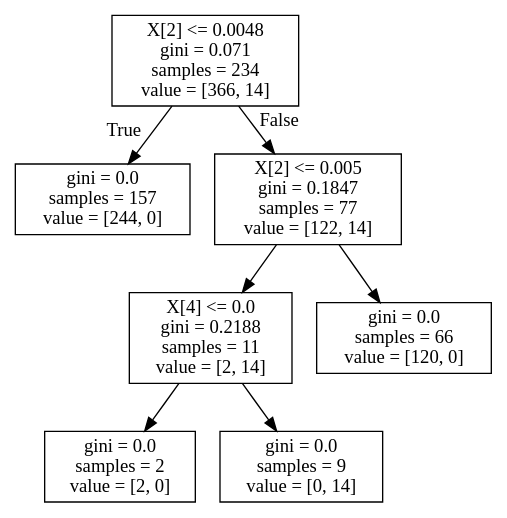
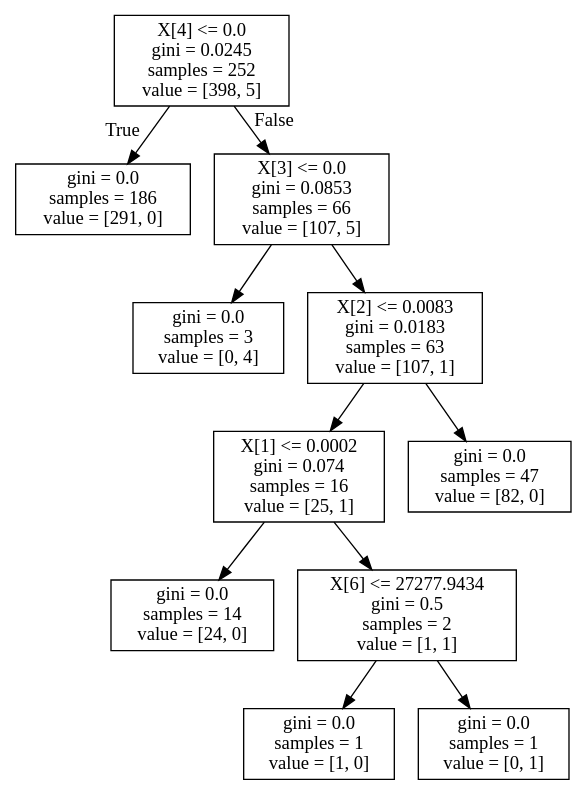
The diagram in 7.dot (imwack/facebook), drawn with Graphviz before and after one commit. The commit also changed 18 other files, not shown here.

```diff
--- a/7.dot
+++ b/7.dot
@@ -1,16 +1,24 @@
 digraph Tree {
 node [shape=box] ;
-0 [label="X[2] <= 0.0048\ngini = 0.071\nsamples = 234\nvalue = [366, 14]"] ;
-1 [label="gini = 0.0\nsamples = 157\nvalue = [244, 0]"] ;
+0 [label="X[4] <= 0.0\ngini = 0.0245\nsamples = 252\nvalue = [398, 5]"] ;
+1 [label="gini = 0.0\nsamples = 186\nvalue = [291, 0]"] ;
 0 -> 1 [labeldistance=2.5, labelangle=45, headlabel="True"] ;
-2 [label="X[2] <= 0.005\ngini = 0.1847\nsamples = 77\nvalue = [122, 14]"] ;
+2 [label="X[3] <= 0.0\ngini = 0.0853\nsamples = 66\nvalue = [107, 5]"] ;
 0 -> 2 [labeldistance=2.5, labelangle=-45, headlabel="False"] ;
-3 [label="X[4] <= 0.0\ngini = 0.2188\nsamples = 11\nvalue = [2, 14]"] ;
+3 [label="gini = 0.0\nsamples = 3\nvalue = [0, 4]"] ;
 2 -> 3 ;
-4 [label="gini = 0.0\nsamples = 2\nvalue = [2, 0]"] ;
-3 -> 4 ;
-5 [label="gini = 0.0\nsamples = 9\nvalue = [0, 14]"] ;
-3 -> 5 ;
-6 [label="gini = 0.0\nsamples = 66\nvalue = [120, 0]"] ;
-2 -> 6 ;
+4 [label="X[2] <= 0.0083\ngini = 0.0183\nsamples = 63\nvalue = [107, 1]"] ;
+2 -> 4 ;
+5 [label="X[1] <= 0.0002\ngini = 0.074\nsamples = 16\nvalue = [25, 1]"] ;
+4 -> 5 ;
+6 [label="gini = 0.0\nsamples = 14\nvalue = [24, 0]"] ;
+5 -> 6 ;
+7 [label="X[6] <= 27277.9434\ngini = 0.5\nsamples = 2\nvalue = [1, 1]"] ;
+5 -> 7 ;
+8 [label="gini = 0.0\nsamples = 1\nvalue = [1, 0]"] ;
+7 -> 8 ;
+9 [label="gini = 0.0\nsamples = 1\nvalue = [0, 1]"] ;
+7 -> 9 ;
+10 [label="gini = 0.0\nsamples = 47\nvalue = [82, 0]"] ;
+4 -> 10 ;
 }
```
